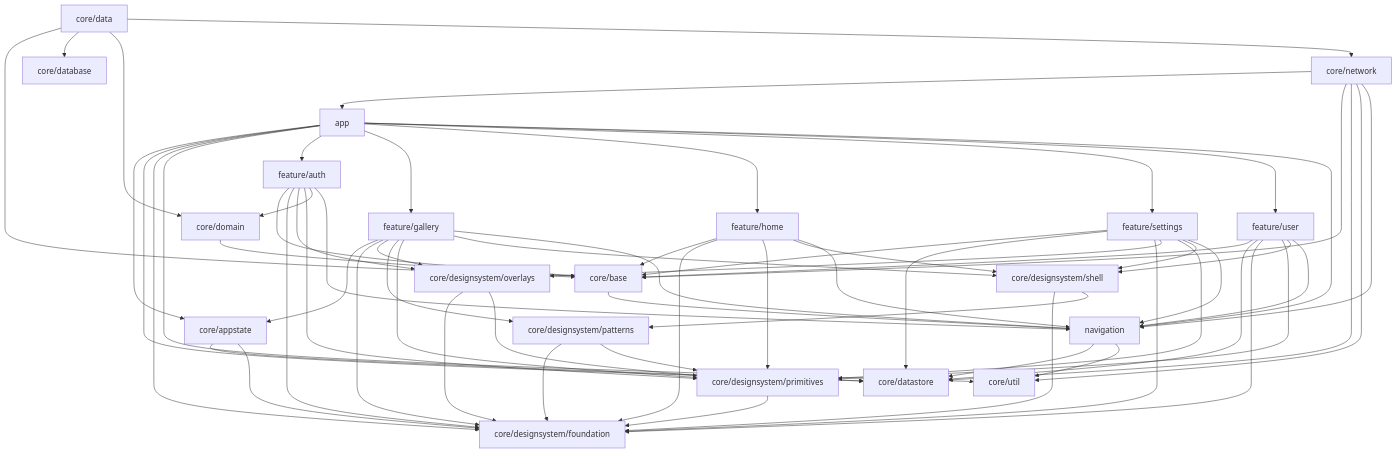
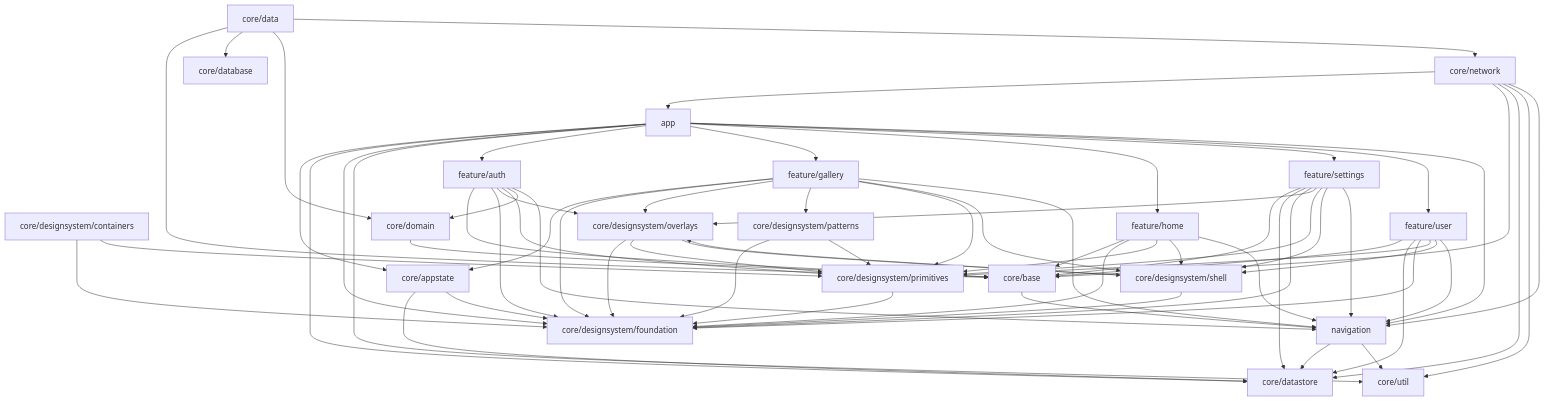
One commit to vallind/Pai-Kit changed the diagram in docs/architecture-graph.md. Above: the diagram before and after it, drawn with Mermaid. The commit also changed other lines of this file and 10 other files, not shown here.

```diff
--- a/docs/architecture-graph.md
+++ b/docs/architecture-graph.md
@@ -16,6 +16,7 @@
     core_data[core/data]
     core_database[core/database]
     core_datastore[core/datastore]
+    core_designsystem_containers[core/designsystem/containers]
     core_designsystem_foundation[core/designsystem/foundation]
     core_designsystem_overlays[core/designsystem/overlays]
     core_designsystem_patterns[core/designsystem/patterns]
@@ -49,13 +50,16 @@
     core_data --> core_database
     core_data --> core_domain
     core_data --> core_network
+    core_designsystem_containers --> core_designsystem_foundation
+    core_designsystem_containers --> core_designsystem_primitives
     core_designsystem_overlays --> core_designsystem_foundation
     core_designsystem_overlays --> core_designsystem_primitives
+    core_designsystem_overlays --> core_designsystem_shell
     core_designsystem_patterns --> core_designsystem_foundation
     core_designsystem_patterns --> core_designsystem_primitives
     core_designsystem_primitives --> core_designsystem_foundation
     core_designsystem_shell --> core_designsystem_foundation
-    core_designsystem_shell --> core_designsystem_patterns
+    core_designsystem_shell --> core_designsystem_overlays
     core_domain --> core_base
     core_network --> app
     core_network --> core_base
```
